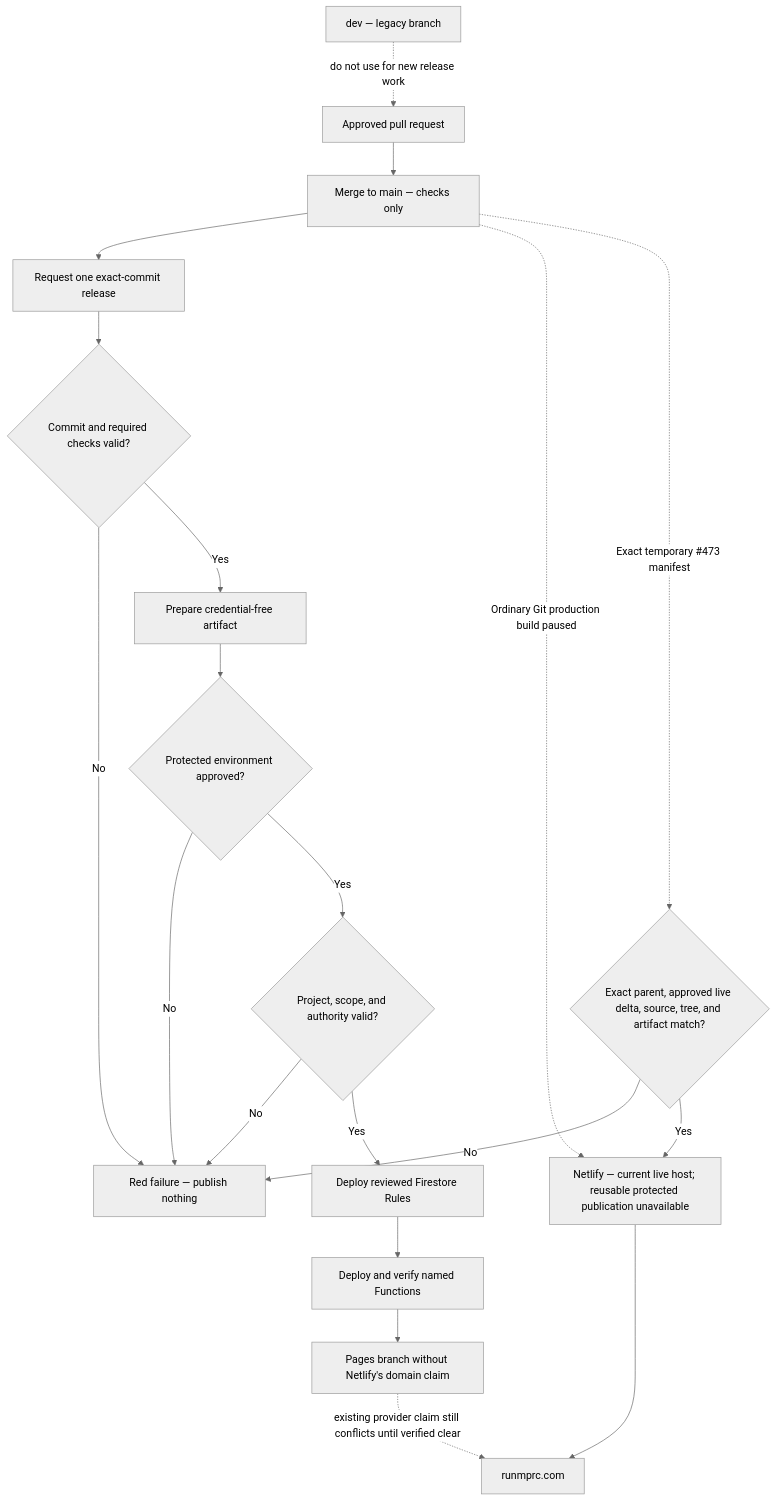
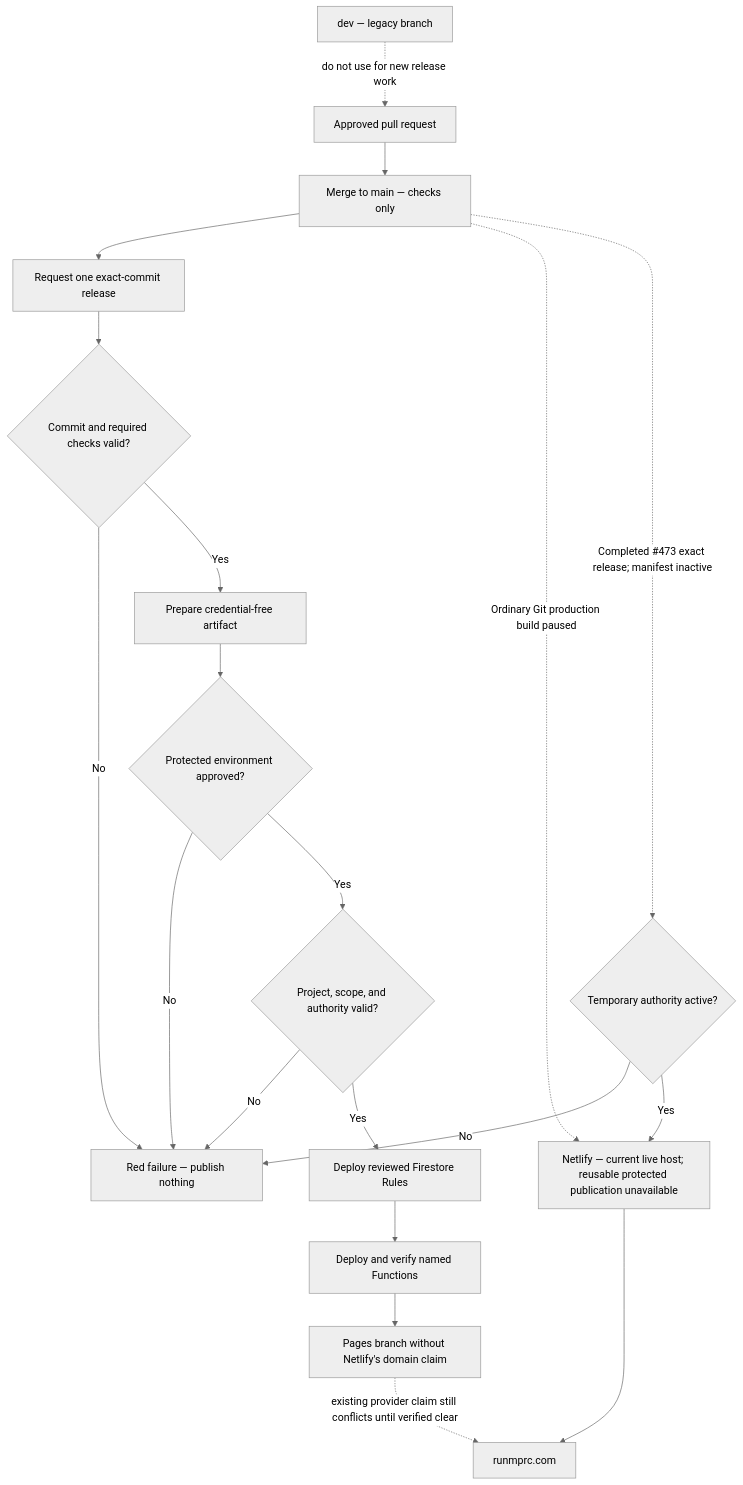
One commit to Run-MPRC/Run-MPRC.github.io changed the fourth of 9 diagrams in docs/officers/SYSTEM_MAPS.md. Above: the diagram before and after it, drawn with Mermaid (neutral theme). The commit also changed other lines of this file and 11 other files, not shown here.

Commit message:
docs(release): record live containment and re-pause

````diff
--- a/docs/officers/SYSTEM_MAPS.md
+++ b/docs/officers/SYSTEM_MAPS.md
@@ -71,22 +69,22 @@
 ```mermaid
 flowchart TD
     PR["Approved pull request"] --> Main["Merge to main — checks only"]
     Main --> Request["Request one exact-commit release"]
     Request --> Preflight{"Commit and required checks valid?"}
     Preflight -- "No" --> Stop["Red failure — publish nothing"]
     Preflight -- "Yes" --> Prepare["Prepare credential-free artifact"]
     Prepare --> Approval{"Protected environment approved?"}
     Approval -- "No" --> Stop
     Approval -- "Yes" --> Gate{"Project, scope, and authority valid?"}
     Gate -- "No" --> Stop
     Gate -- "Yes" --> Rules["Deploy reviewed Firestore Rules"]
     Rules --> Functions["Deploy and verify named Functions"]
     Functions --> Pages["Pages branch without Netlify's domain claim"]
     Main -. "Ordinary Git production build paused" .-> Netlify
-    Main -. "Exact temporary #473 manifest" .-> WebGate{"Exact parent, approved live delta, source, tree, and artifact match?"}
+    Main -. "Completed #473 exact release; manifest inactive" .-> WebGate{"Temporary authority active?"}
     WebGate -- "No" --> Stop
     WebGate -- "Yes" --> Netlify
     Netlify["Netlify — current live host; reusable protected publication unavailable"] --> Live["runmprc.com"]
     Pages -. "existing provider claim still conflicts until verified clear" .-> Live
     Dev["dev — legacy branch"] -. "do not use for new release work" .-> PR
 ```
````
